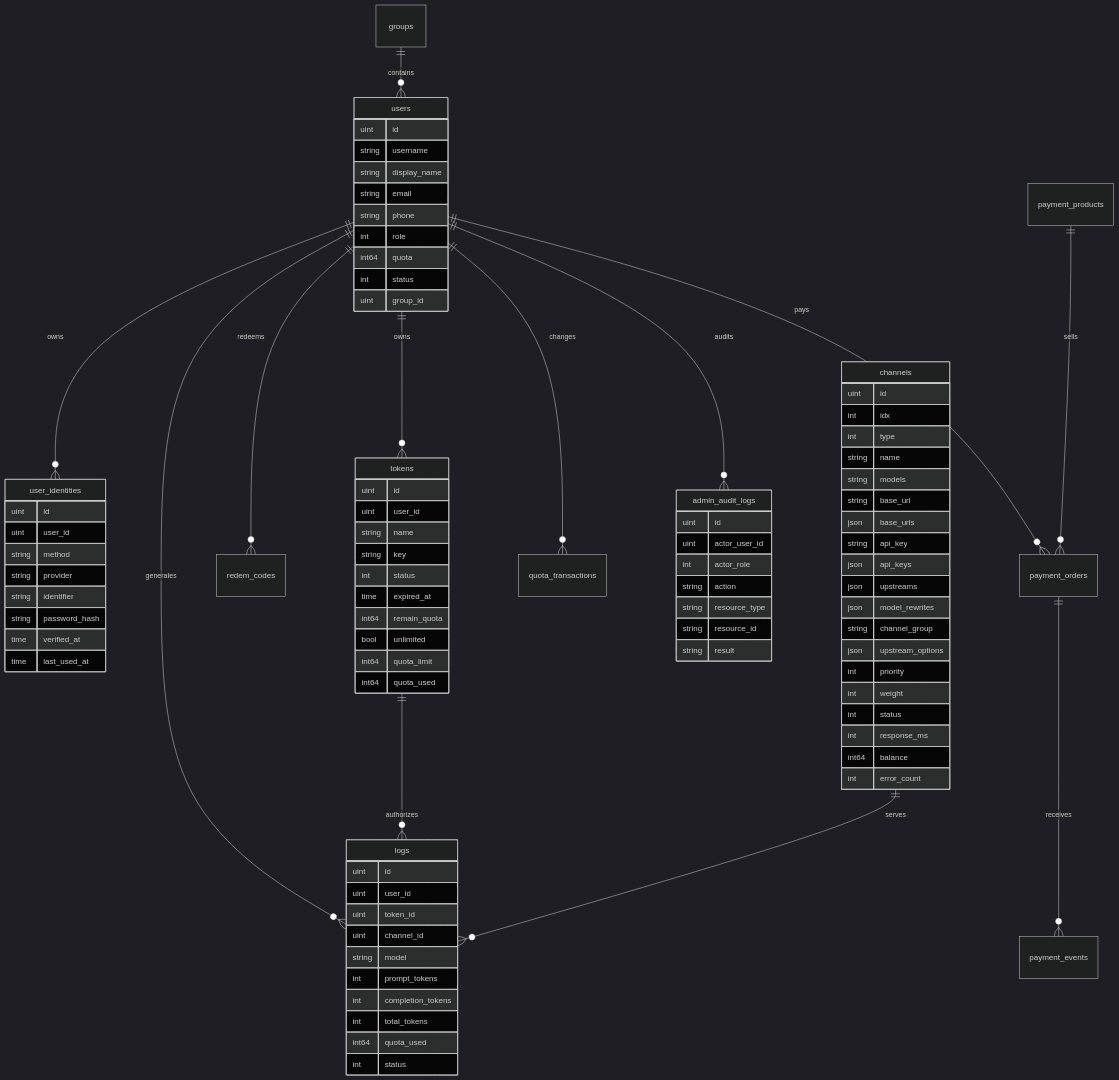
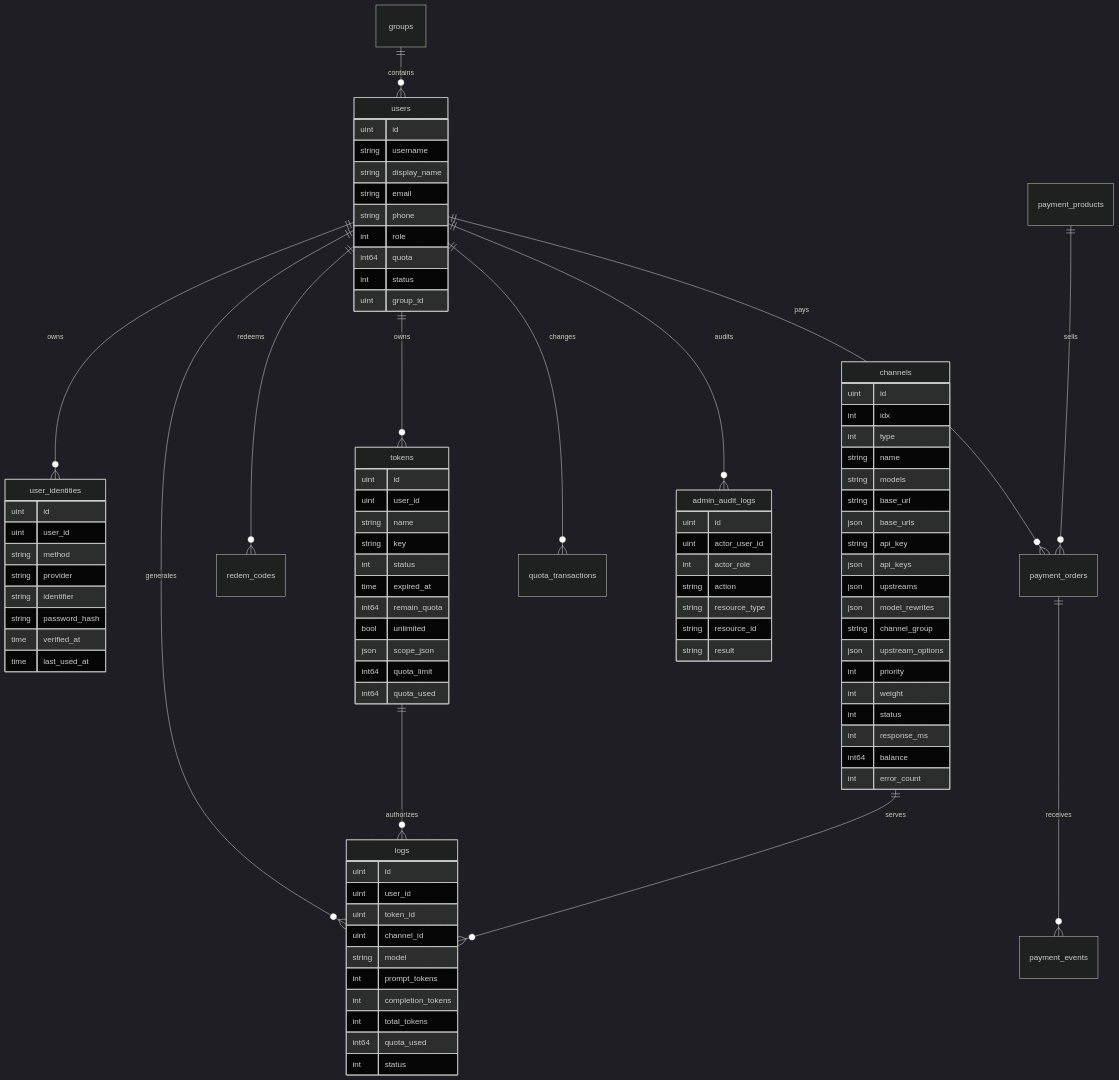
The diagram in docs/DATA_MODEL.md (jellyfish-p/RouterX), drawn with Mermaid (dark theme) before and after one commit. The commit also changed other lines of this file and 23 other files, not shown here.

```diff
--- a/docs/DATA_MODEL.md
+++ b/docs/DATA_MODEL.md
@@ -63,6 +63,7 @@
         time expired_at
         int64 remain_quota
         bool unlimited
+        json scope_json
         int64 quota_limit
         int64 quota_used
     }
```
